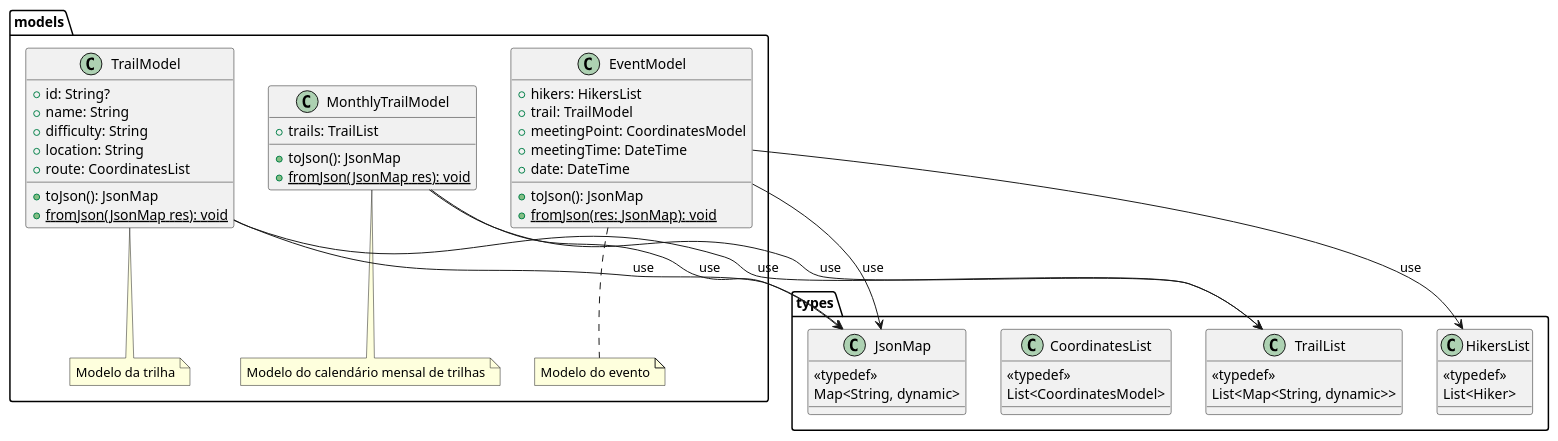
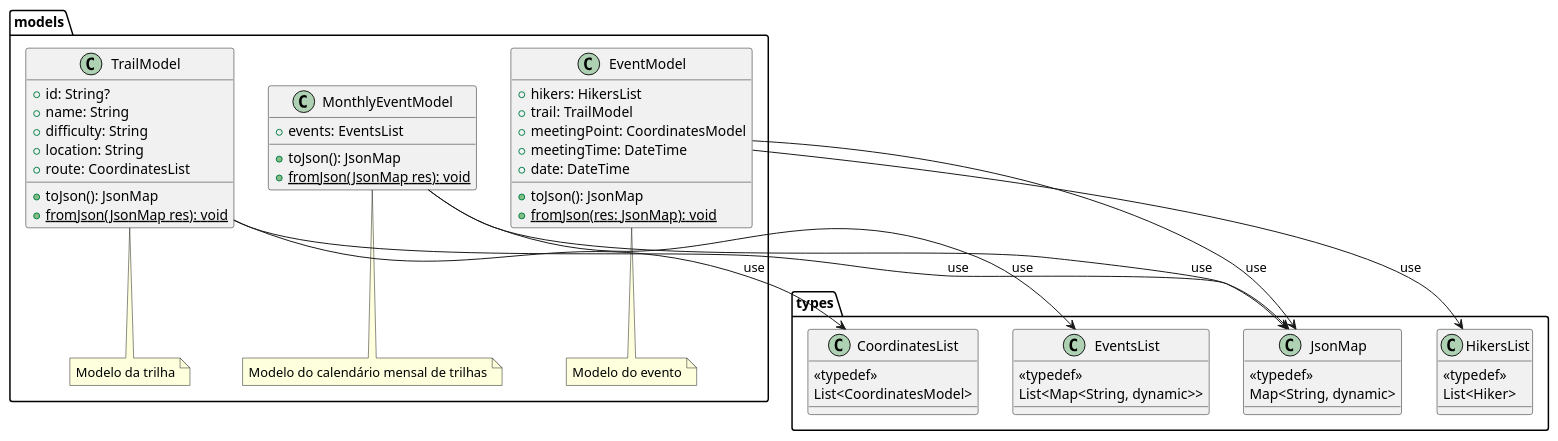
Before and after one commit to tiagors09/pe_na_pedra: the diagram in docs/diagrams/src/class_diagrams/pe_na_pedra_class_diagram_2.plantuml, drawn with PlantUML.

Commit message:
docs: :memo: refatores class diagram 2

```diff
--- a/docs/diagrams/src/class_diagrams/pe_na_pedra_class_diagram_2.plantuml
+++ b/docs/diagrams/src/class_diagrams/pe_na_pedra_class_diagram_2.plantuml
@@ -1,69 +1,69 @@
 @startuml pe_na_pedra_class_diagram_2
 package types {
   class JsonMap {
     <<typedef>>
     Map<String, dynamic>
   }
 
-  class TrailList {
+  class EventsList {
     <<typedef>>
     List<Map<String, dynamic>>
   }
 
   class CoordinatesList {
     <<typedef>>
     List<CoordinatesModel>
   }
 
   class HikersList {
     <<typedef>>
     List<Hiker>
   }
 }
 
 package models {
   note "Modelo da trilha" as N3
   note "Modelo do calendário mensal de trilhas" as N4
   note "Modelo do evento" as N5
 
   class TrailModel {
     + id: String?
     + name: String
     + difficulty: String
     + location: String
     + route: CoordinatesList
     + toJson(): JsonMap
     + {static} fromJson(JsonMap res): void
   }
 
-  class MonthlyTrailModel {
-    + trails: TrailList
+  class MonthlyEventModel {
+    + events: EventsList
     + toJson(): JsonMap
     + {static} fromJson(JsonMap res): void
   }
 
   class EventModel {
     + hikers: HikersList
     + trail: TrailModel
     + meetingPoint: CoordinatesModel
     + meetingTime: DateTime
     + date: DateTime
     + toJson(): JsonMap
     + {static} fromJson(res: JsonMap): void
   }
 
   TrailModel .. N3
-  MonthlyTrailModel .. N4
+  MonthlyEventModel .. N4
   EventModel .. N5
 
   EventModel --> JsonMap : use
-  MonthlyTrailModel --> JsonMap : use
+  MonthlyEventModel --> JsonMap : use
   TrailModel --> JsonMap : use
 
-  MonthlyTrailModel --> TrailList : use
+  MonthlyEventModel --> EventsList : use
 
-  TrailModel --> TrailList : use
+  TrailModel --> CoordinatesList : use
 
   EventModel --> HikersList : use
 }
 @enduml
```
